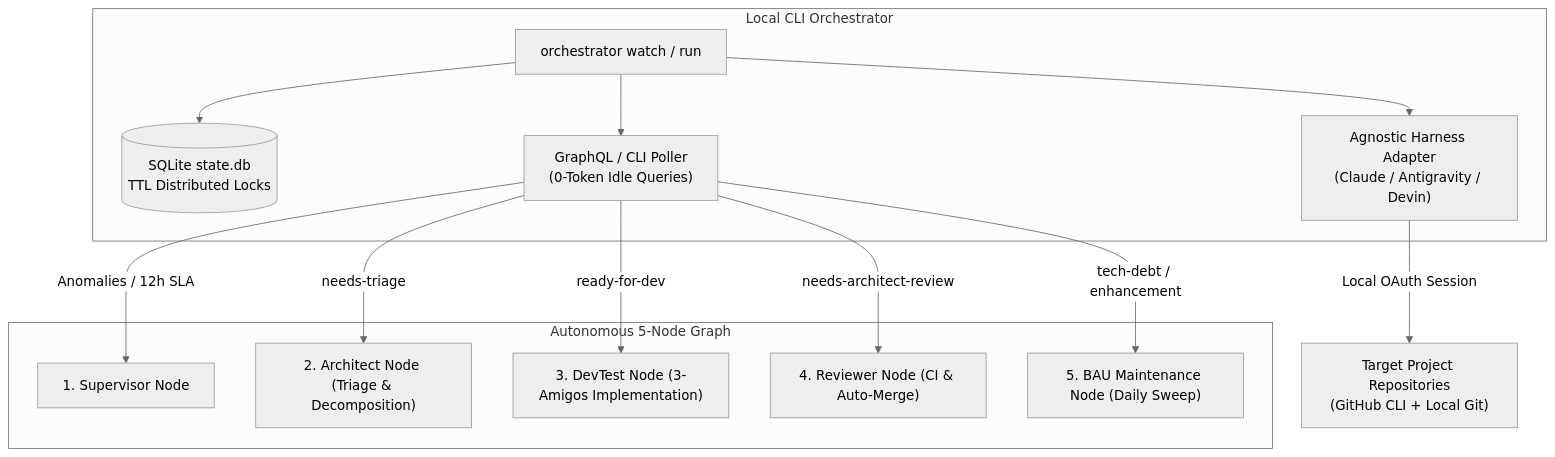
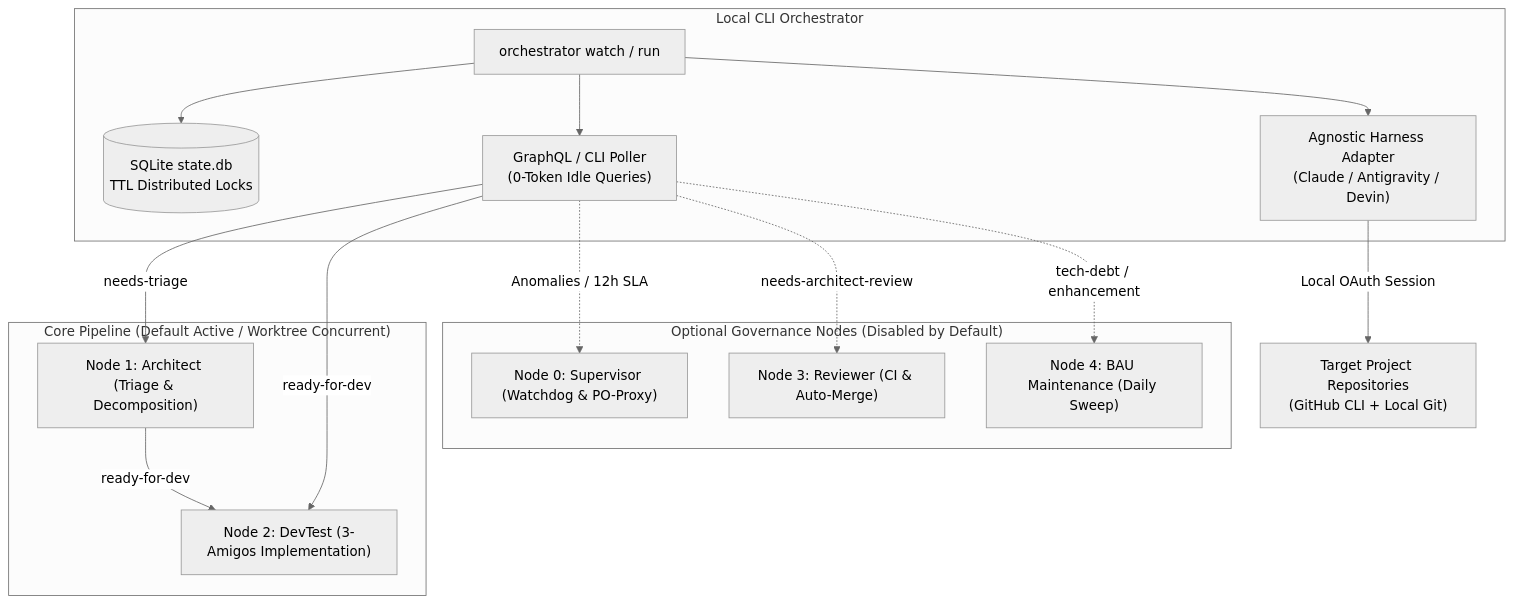
Before and after one commit to AntaresAndBharani/graph-engineering: the diagram in docs/local-cli-pipeline.md, drawn with Mermaid (neutral theme). The commit also changed other lines of this file and 8 other files, not shown here.

First line of the commit message:
docs: harmonize architecture docs, README, and node guides with 2-node parallel topology (#132)

````diff
--- a/docs/local-cli-pipeline.md
+++ b/docs/local-cli-pipeline.md
@@ -9,18 +9,22 @@
 ```mermaid
 flowchart TD
     subgraph Local Engine [Local CLI Orchestrator]
         CLI["orchestrator watch / run"] --> DB[(SQLite state.db\nTTL Distributed Locks)]
         CLI --> Poller["GraphQL / CLI Poller\n(0-Token Idle Queries)"]
         CLI --> Harness["Agnostic Harness Adapter\n(Claude / Antigravity / Devin)"]
     end
 
-    subgraph Autonomous 5-Node Graph
-        Poller -->|Anomalies / 12h SLA| N1["1. Supervisor Node"]
-        Poller -->|needs-triage| N2["2. Architect Node (Triage & Decomposition)"]
-        Poller -->|ready-for-dev| N3["3. DevTest Node (3-Amigos Implementation)"]
-        Poller -->|needs-architect-review| N4["4. Reviewer Node (CI & Auto-Merge)"]
-        Poller -->|tech-debt / enhancement| N5["5. BAU Maintenance Node (Daily Sweep)"]
+    subgraph Core 2-Node Parallel Engine ["Core Pipeline (Default Active / Worktree Concurrent)"]
+        Poller -->|needs-triage| N2["Node 1: Architect (Triage & Decomposition)"]
+        Poller -->|ready-for-dev| N3["Node 2: DevTest (3-Amigos Implementation)"]
+        N2 -->|ready-for-dev| N3
+    end
+
+    subgraph Optional Governance Nodes ["Optional Governance Nodes (Disabled by Default)"]
+        Poller -.->|Anomalies / 12h SLA| N1["Node 0: Supervisor (Watchdog & PO-Proxy)"]
+        Poller -.->|needs-architect-review| N4["Node 3: Reviewer (CI & Auto-Merge)"]
+        Poller -.->|tech-debt / enhancement| N5["Node 4: BAU Maintenance (Daily Sweep)"]
     end
 
     Harness -->|Local OAuth Session| TargetRepo["Target Project Repositories\n(GitHub CLI + Local Git)"]
 ```
````
